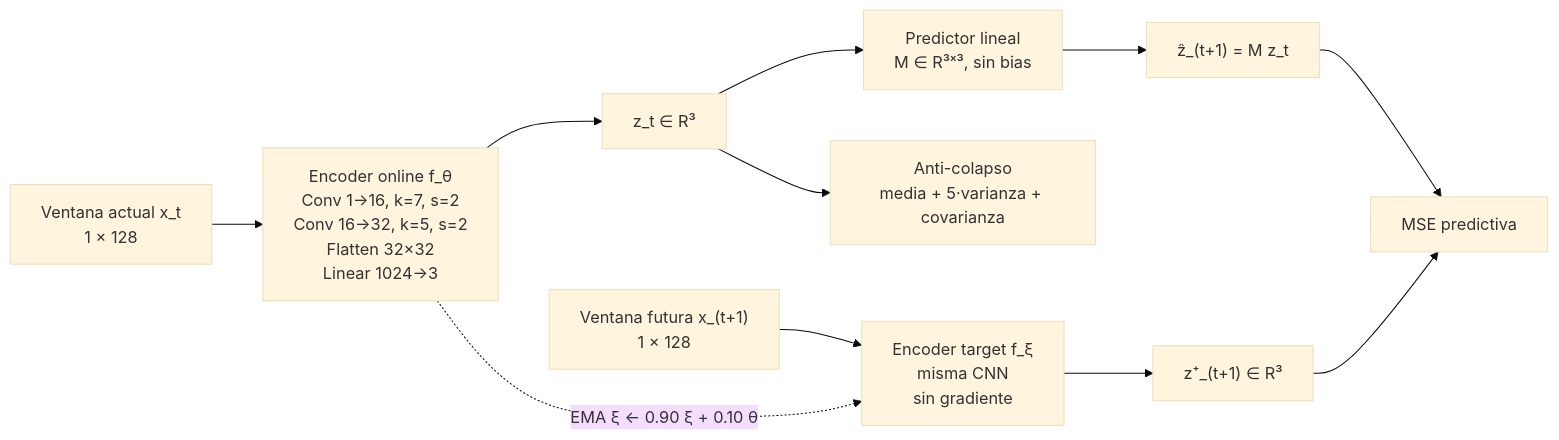
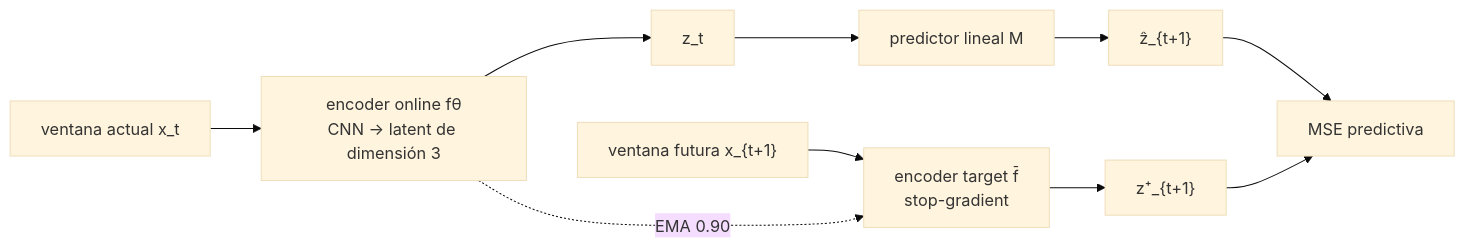
One commit to micmich05/koopman-jepa changed the diagram in README.md. Above: the diagram before and after it, drawn with Mermaid (base theme). The commit also changed other lines of this file and 124 other files, not shown here.

````diff
--- a/README.md
+++ b/README.md
@@ -80,15 +55,9 @@
 ```mermaid
 flowchart LR
-    xt["Ventana actual x_t<br/>1 × 128"] --> online["Encoder online f_θ<br/>Conv 1→16, k=7, s=2<br/>Conv 16→32, k=5, s=2<br/>Flatten 32×32<br/>Linear 1024→3"]
-    online --> zt["z_t ∈ R³"]
-    zt --> predictor["Predictor lineal<br/>M ∈ R³ˣ³, sin bias"]
-    predictor --> prediction["ẑ_(t+1) = M z_t"]
-
-    xnext["Ventana futura x_(t+1)<br/>1 × 128"] --> target["Encoder target f_ξ<br/>misma CNN<br/>sin gradiente"]
-    target --> ztarget["z⁺_(t+1) ∈ R³"]
-    prediction --> mse["MSE predictiva"]
-    ztarget --> mse
-
-    online -. "EMA ξ ← 0.90 ξ + 0.10 θ" .-> target
-    zt --> regularization["Anti-colapso<br/>media + 5·varianza + covarianza"]
+    X["ventana actual x_t"] --> E["encoder online fθ<br/>CNN → latent de dimensión 3"]
+    E --> Z["z_t"] --> M["predictor lineal M"] --> P["ẑ_{t+1}"]
+    Y["ventana futura x_{t+1}"] --> T["encoder target f̄<br/>stop-gradient"] --> ZP["z⁺_{t+1}"]
+    P --> L["MSE predictiva"]
+    ZP --> L
+    E -. "EMA 0.90" .-> T
 ```
````
